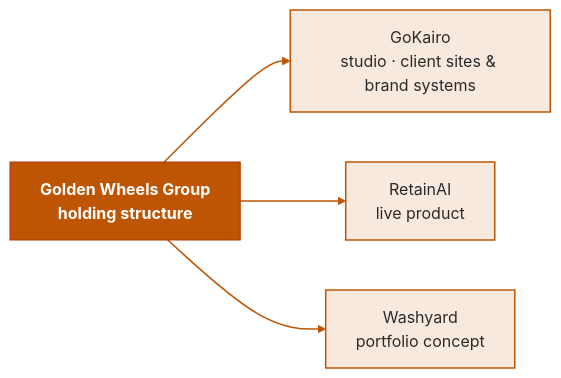
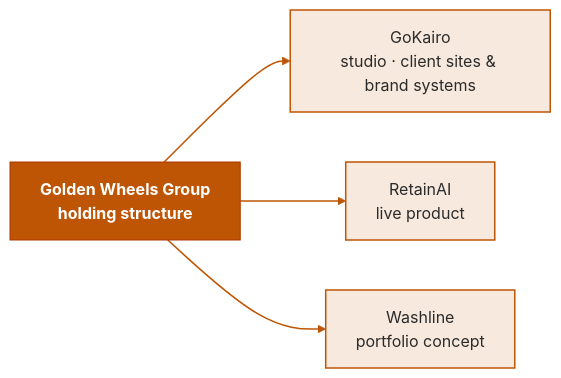
One commit to Prolajide/Prolajide changed the diagram in README.md. Above: the diagram before and after it, drawn with Mermaid. The commit also changed other lines of this file, not shown here.

Commit message:
Rename Washyard to Washline in the venture diagram and summary
The venture was renamed and the profile README still carried the old name in
two places: the diagram node and the Currently line. Washline Vancouver is the
canonical name, taken from the project's own README rather than assumed.

````diff
--- a/README.md
+++ b/README.md
@@ -9,11 +9,11 @@
 ```mermaid
 graph LR
   GWG["Golden Wheels Group<br/>holding structure"]:::hub
   GWG --> Kairo["GoKairo<br/>studio · client sites & brand systems"]:::venture
   GWG --> Retain["RetainAI<br/>live product"]:::venture
-  GWG --> Wash["Washyard<br/>portfolio concept"]:::venture
+  GWG --> Wash["Washline<br/>portfolio concept"]:::venture
 
   classDef hub fill:#BE5504,stroke:#AC3700,stroke-width:1px,color:#FFFFFF,font-weight:bold;
   classDef venture fill:#F7E9DE,stroke:#BE5504,stroke-width:1.5px,color:#2B2B2B;
   linkStyle default stroke:#BE5504,stroke-width:1.5px;
 ```
````
